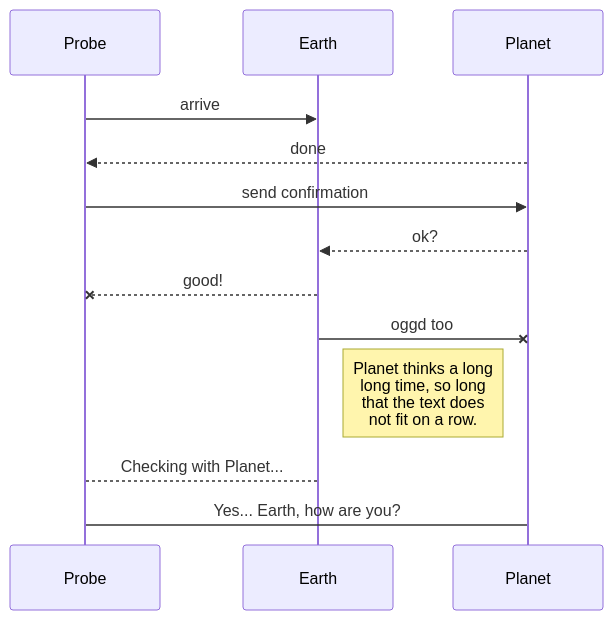
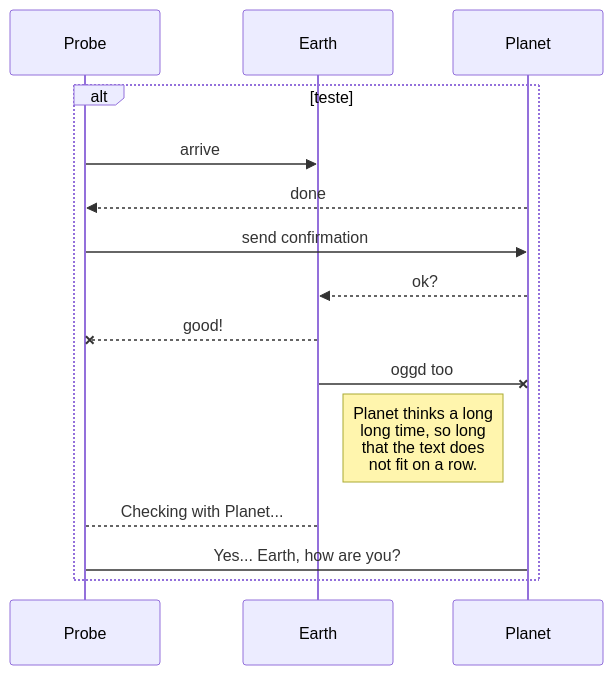
One commit to andre-svager/teste-sonda-main changed the diagram in README.md. Above: the diagram before and after it, drawn with Mermaid.

````diff
--- a/README.md
+++ b/README.md
@@ -67,13 +67,15 @@
 ```mermaid
 sequenceDiagram
+alt teste
 Probe ->> Earth: arrive
 Planet-->>Probe: done
 Probe ->> Planet: send confirmation
 Planet-->>Earth: ok?
 Earth--x Probe: good!
 Earth-x Planet: oggd too
 Note right of Earth: Planet thinks a long<br/>long time, so long<br/>that the text does<br/>not fit on a row.
 
 Earth-->Probe: Checking with Planet...
 Probe->Planet: Yes... Earth, how are you?
+end
 ```
````
